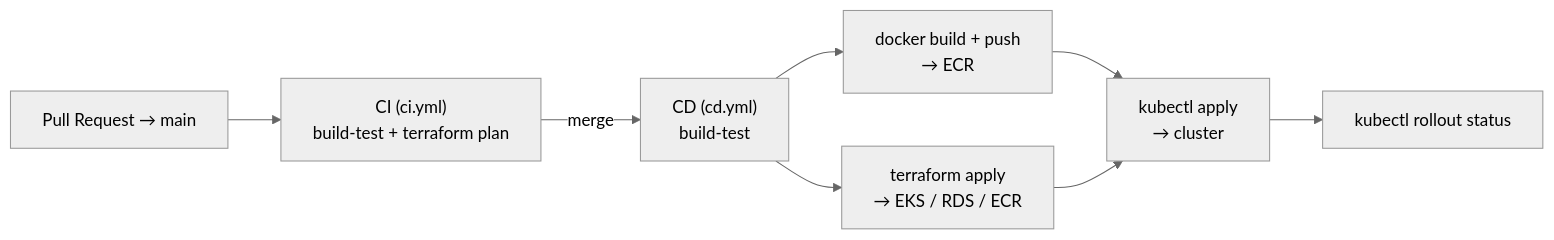
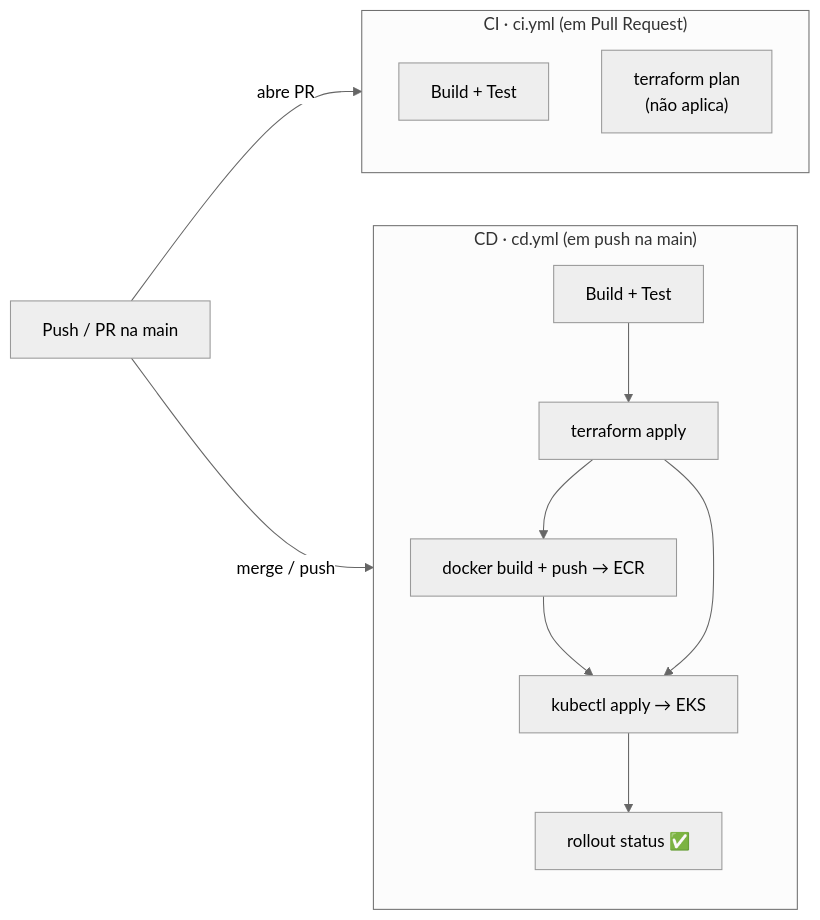
Before and after one commit to ArthurPeruzzo/fiap-mecanica: the diagram in README.md, drawn with Mermaid (neutral theme). The commit also changed other lines of this file and 6 other files, not shown here.

````diff
--- a/README.md
+++ b/README.md
@@ -73,10 +61,24 @@
 ```mermaid
 graph LR
-    PR["Pull Request → main"] --> CI["CI (ci.yml)<br/>build-test + terraform plan"]
-    CI -- merge --> CD["CD (cd.yml)<br/>build-test"]
-    CD --> Docker["docker build + push<br/>→ ECR"]
-    CD --> TF["terraform apply<br/>→ EKS / RDS / ECR"]
-    Docker --> K8s["kubectl apply<br/>→ cluster"]
-    TF --> K8s
-    K8s --> Rollout["kubectl rollout status"]
+    Dev["Push / PR na main"]
+
+    subgraph CI["CI · ci.yml (em Pull Request)"]
+        direction TB
+        BT1["Build + Test"]
+        TP["terraform plan<br/>(não aplica)"]
+    end
+
+    subgraph CD["CD · cd.yml (em push na main)"]
+        direction TB
+        BT2["Build + Test"]
+        TA["terraform apply"]
+        DBP["docker build + push → ECR"]
+        KD["kubectl apply → EKS"]
+        RS["rollout status ✅"]
+    end
+
+    Dev -->|abre PR| CI
+    Dev -->|merge / push| CD
+    BT2 --> TA --> DBP --> KD --> RS
+    TA --> KD
 ```
````
